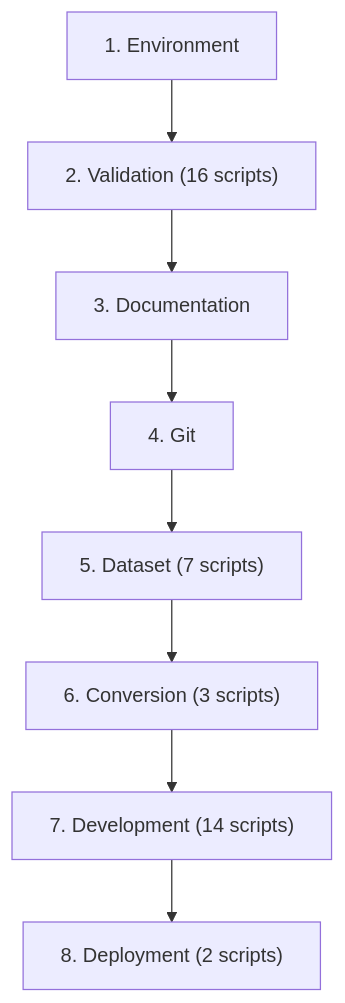
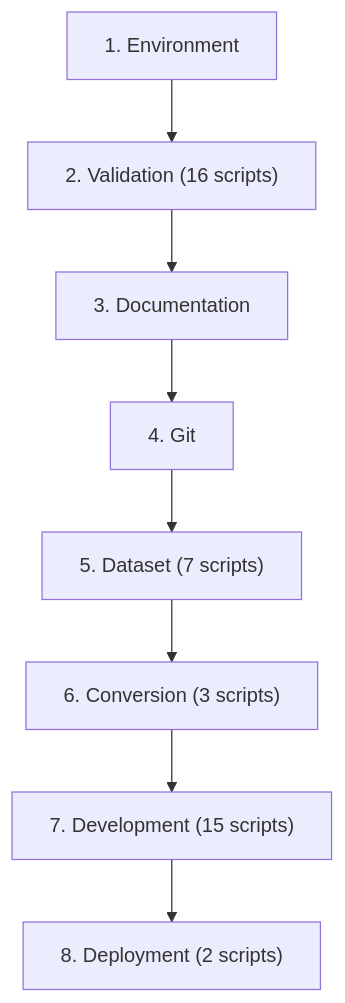
One commit to chanuka8/argus-gait-recognition changed the second of 3 diagrams in scripts/README.md. Above: the diagram before and after it, drawn with Mermaid. The commit also changed other lines of this file and 15 other files, not shown here.

````diff
--- a/scripts/README.md
+++ b/scripts/README.md
@@ -707,18 +711,18 @@
 ```mermaid
 flowchart TD
     step1["1. Environment"]
     step2["2. Validation (16 scripts)"]
     step1 --> step2
     step3["3. Documentation"]
     step2 --> step3
     step4["4. Git"]
     step3 --> step4
     step5["5. Dataset (7 scripts)"]
     step4 --> step5
     step6["6. Conversion (3 scripts)"]
     step5 --> step6
-    step7["7. Development (14 scripts)"]
+    step7["7. Development (15 scripts)"]
     step6 --> step7
     step8["8. Deployment (2 scripts)"]
     step7 --> step8
 ```
````
